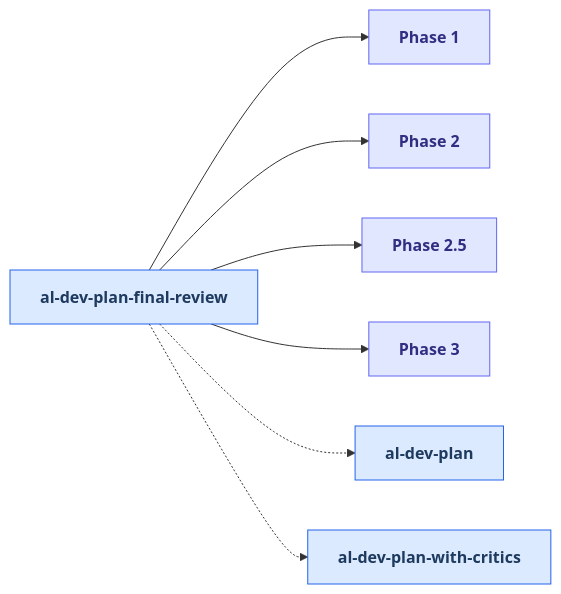
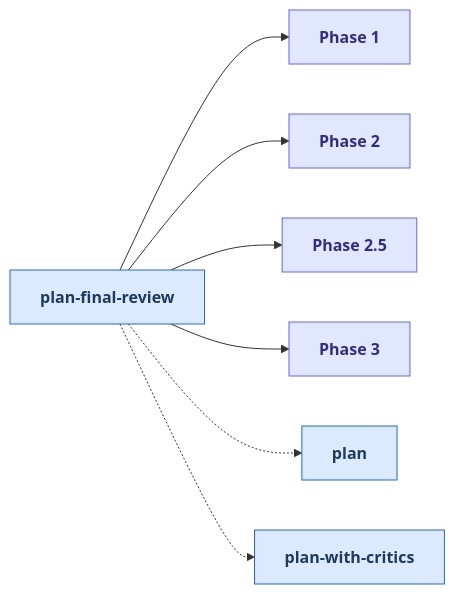
The seventh of 24 diagrams in docs/skills_map.md (russell-laing/al-dev-shared), drawn with Mermaid before and after one commit. The commit also changed other lines of this file and 8 other files, not shown here.

````diff
--- a/docs/skills_map.md
+++ b/docs/skills_map.md
@@ -383,31 +394,31 @@
 ```mermaid
 flowchart LR
     classDef skillNode fill:#dbeafe,stroke:#2563eb,color:#1e3a5f,font-weight:bold
     classDef agentNode fill:#d1fae5,stroke:#059669,color:#064e3b,font-weight:bold
     classDef knowledgeNode fill:#fef3c7,stroke:#d97706,color:#78350f,font-weight:bold
     classDef artifactNode fill:#ede9fe,stroke:#7c3aed,color:#4c1d95,font-weight:bold
     classDef phaseNode fill:#e0e7ff,stroke:#6366f1,color:#312e81,font-weight:bold
 
-    skill_al_dev_plan_final_review[al-dev-plan-final-review]
+    skill_plan_final_review[plan-final-review]
     Phase1["Phase 1"]
     Phase2["Phase 2"]
     Phase2_5["Phase 2.5"]
     Phase3["Phase 3"]
-    skill_al_dev_plan[al-dev-plan]
-    skill_al_dev_plan_with_critics[al-dev-plan-with-critics]
+    skill_plan[plan]
+    skill_plan_with_critics[plan-with-critics]
 
-    skill_al_dev_plan_final_review --> Phase1
-    skill_al_dev_plan_final_review --> Phase2
-    skill_al_dev_plan_final_review --> Phase2_5
-    skill_al_dev_plan_final_review --> Phase3
-    skill_al_dev_plan_final_review -.-> skill_al_dev_plan
-    skill_al_dev_plan_final_review -.-> skill_al_dev_plan_with_critics
+    skill_plan_final_review --> Phase1
+    skill_plan_final_review --> Phase2
+    skill_plan_final_review --> Phase2_5
+    skill_plan_final_review --> Phase3
+    skill_plan_final_review -.-> skill_plan
+    skill_plan_final_review -.-> skill_plan_with_critics
 
-    class skill_al_dev_plan_final_review skillNode
+    class skill_plan_final_review skillNode
     class Phase1 phaseNode
     class Phase2 phaseNode
     class Phase2_5 phaseNode
     class Phase3 phaseNode
-    class skill_al_dev_plan skillNode
-    class skill_al_dev_plan_with_critics skillNode
+    class skill_plan skillNode
+    class skill_plan_with_critics skillNode
 ```
````
